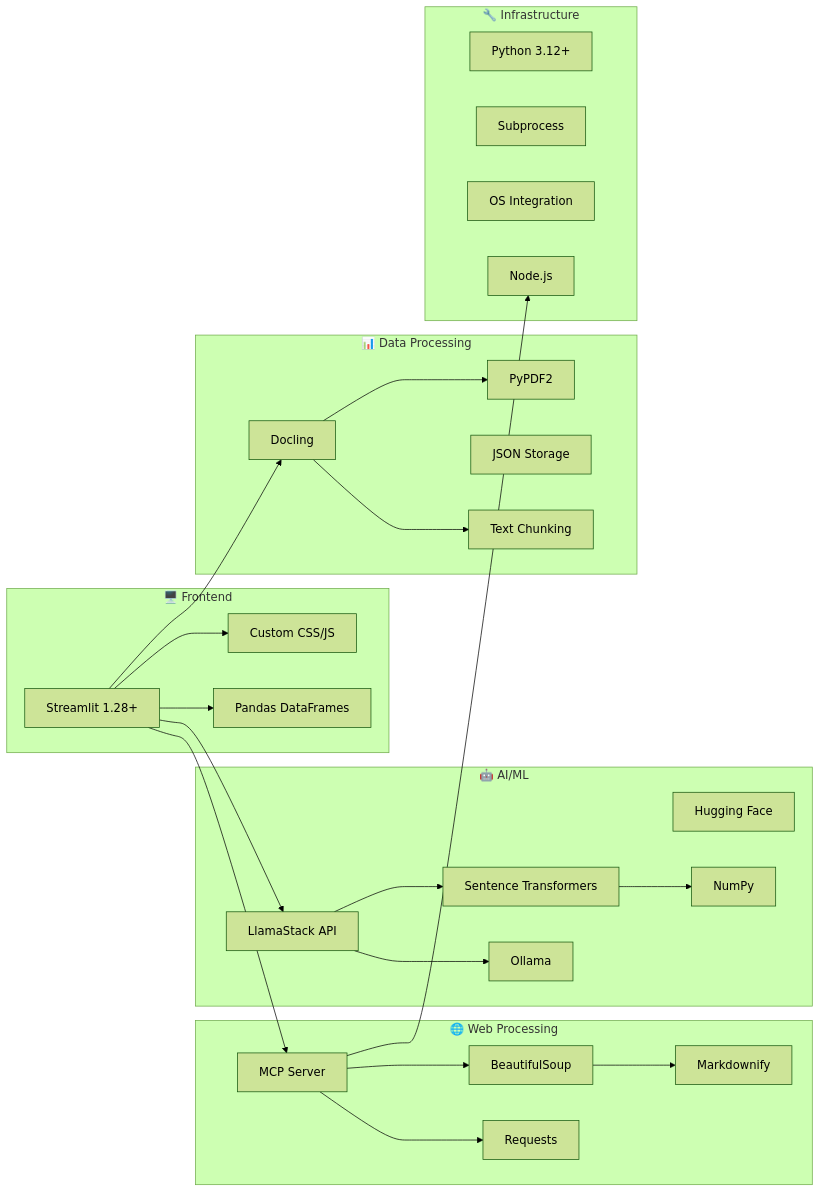
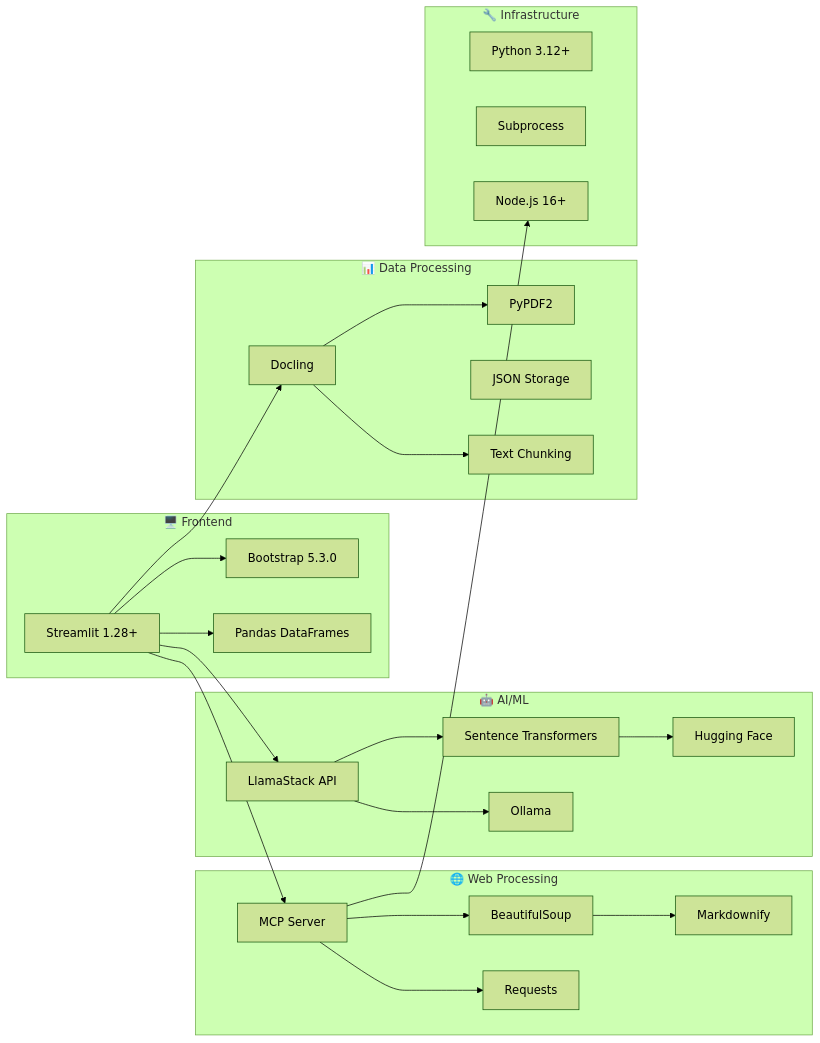
Before and after one commit to abhijeet-dhumal/llama-stack-rag: the second of 3 diagrams in README.md, drawn with Mermaid (forest theme). The commit also changed other lines of this file, not shown here.

Commit message:
Update system architecture diagrams

````diff
--- a/README.md
+++ b/README.md
@@ -218,52 +168,50 @@
 ```mermaid
 graph LR
     subgraph "🖥️ Frontend"
         ST[Streamlit 1.28+]
-        CSS[Custom CSS/JS]
+        CSS[Bootstrap 5.3.0]
         PD[Pandas DataFrames]
     end
     
     subgraph "🌐 Web Processing"
         MCP[MCP Server]
         BS[BeautifulSoup]
         REQ[Requests]
         MD[Markdownify]
     end
     
     subgraph "🤖 AI/ML"
         LS[LlamaStack API]
         ST_EMB[Sentence Transformers]
         OL[Ollama]
         HF[Hugging Face]
-        NP[NumPy]
     end
     
     subgraph "📊 Data Processing"
         DOC[Docling]
         PDF[PyPDF2]
         JSON[JSON Storage]
         CHUNK[Text Chunking]
     end
     
     subgraph "🔧 Infrastructure"
         PY[Python 3.12+]
         SUB[Subprocess]
-        OS[OS Integration]
-        NODE[Node.js]
+        NODE[Node.js 16+]
     end
     
     ST --> LS
     ST --> CSS
     ST --> PD
     ST --> MCP
     MCP --> BS
     MCP --> REQ
     BS --> MD
     LS --> ST_EMB
     LS --> OL
-    ST_EMB --> NP
+    ST_EMB --> HF
     DOC --> PDF
     DOC --> CHUNK
     ST --> DOC
     MCP --> NODE
 ```
````
